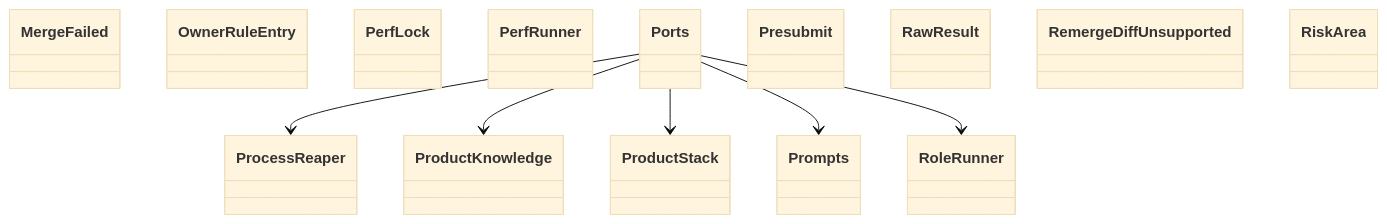
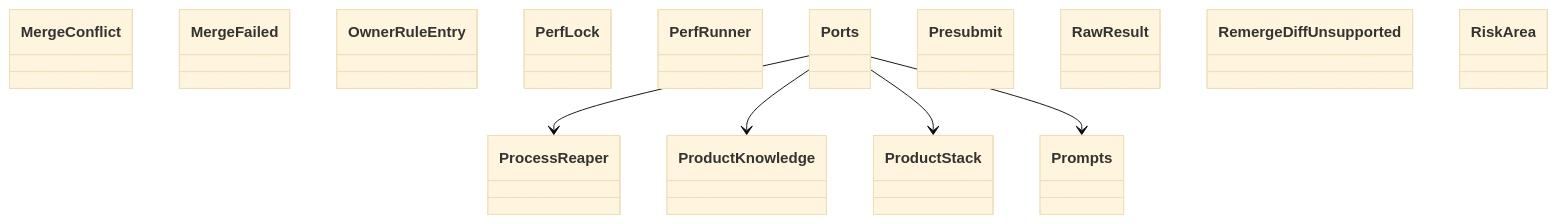
One commit to GonzaloZevallos/agentic-system changed the diagram in docs/architecture/generated/classes-process-application-support-4.md. Above: the diagram before and after it, drawn with Mermaid (base theme). The commit also changed other lines of this file and 11 other files, not shown here.

````diff
--- a/docs/architecture/generated/classes-process-application-support-4.md
+++ b/docs/architecture/generated/classes-process-application-support-4.md
@@ -19,22 +19,21 @@
 ```mermaid
 classDiagram
+    class ports__MergeConflict["MergeConflict"]
     class ports__MergeFailed["MergeFailed"]
     class ports__OwnerRuleEntry["OwnerRuleEntry"]
     class ports__PerfLock["PerfLock"]
     class ports__PerfRunner["PerfRunner"]
     class ports__Ports["Ports"]
     class ports__Presubmit["Presubmit"]
     class ports__ProcessReaper["ProcessReaper"]
     class ports__ProductKnowledge["ProductKnowledge"]
     class ports__ProductStack["ProductStack"]
     class ports__Prompts["Prompts"]
     class ports__RawResult["RawResult"]
     class ports__RemergeDiffUnsupported["RemergeDiffUnsupported"]
     class ports__RiskArea["RiskArea"]
-    class ports__RoleRunner["RoleRunner"]
     ports__Ports --> ports__ProcessReaper
     ports__Ports --> ports__ProductKnowledge
     ports__Ports --> ports__ProductStack
     ports__Ports --> ports__Prompts
-    ports__Ports --> ports__RoleRunner
 ```
````
